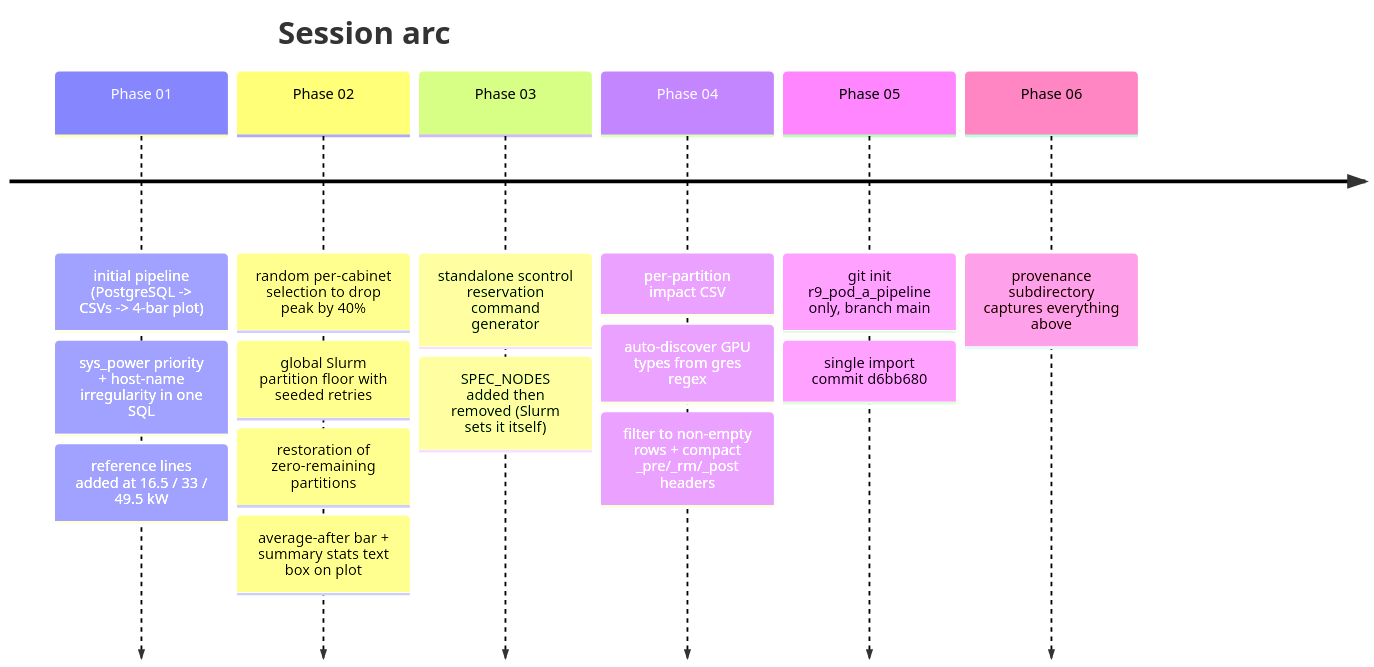
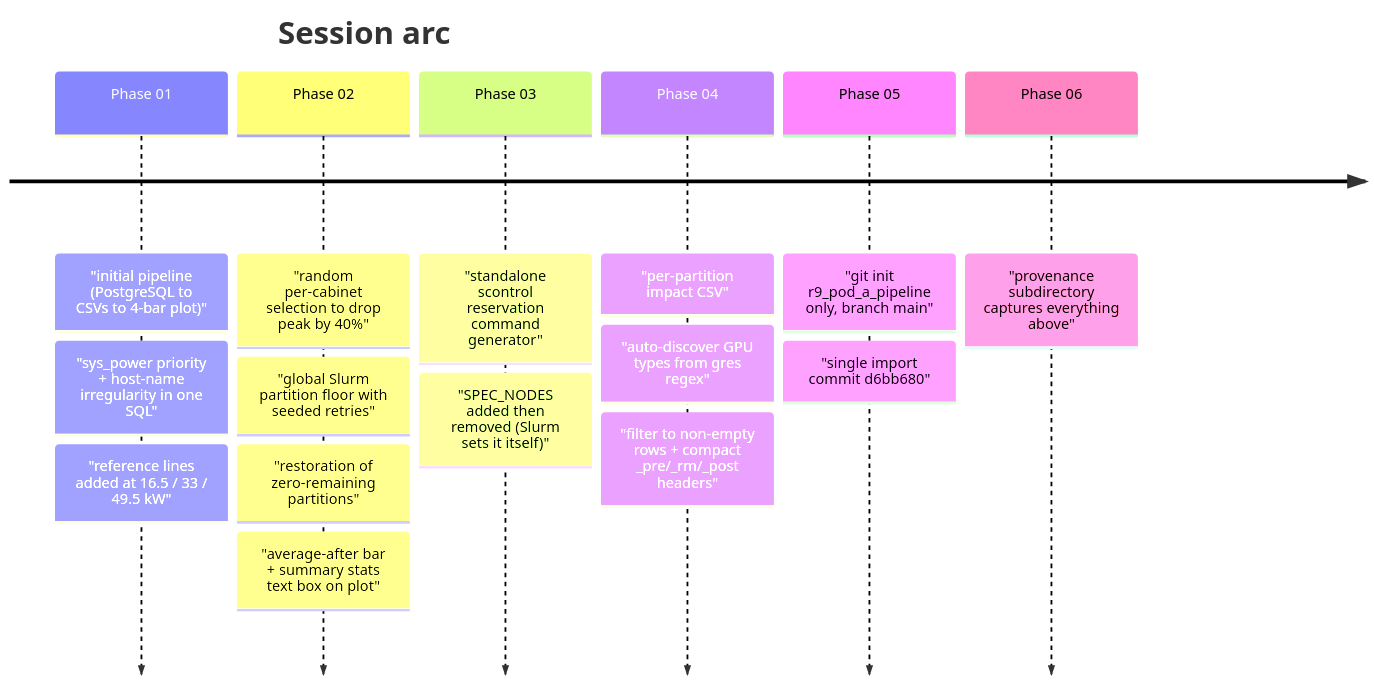
Before and after one commit to mit-orcd/power_reduce_planner: the diagram in provenance/TIMELINE.md, drawn with Mermaid. The commit also changed 18 other files, not shown here.

````diff
--- a/provenance/TIMELINE.md
+++ b/provenance/TIMELINE.md
@@ -17,19 +17,19 @@
-```mermaid
+~~~mermaid
 timeline
     title Session arc
-    Phase 01 : initial pipeline (PostgreSQL -> CSVs -> 4-bar plot)
-             : sys_power priority + host-name irregularity in one SQL
-             : reference lines added at 16.5 / 33 / 49.5 kW
-    Phase 02 : random per-cabinet selection to drop peak by 40%
-             : global Slurm partition floor with seeded retries
-             : restoration of zero-remaining partitions
-             : average-after bar + summary stats text box on plot
-    Phase 03 : standalone scontrol reservation command generator
-             : SPEC_NODES added then removed (Slurm sets it itself)
-    Phase 04 : per-partition impact CSV
-             : auto-discover GPU types from gres regex
-             : filter to non-empty rows + compact _pre/_rm/_post headers
-    Phase 05 : git init r9_pod_a_pipeline only, branch main
-             : single import commit d6bb680
-    Phase 06 : provenance subdirectory captures everything above
-```
+    Phase 01 : "initial pipeline (PostgreSQL to CSVs to 4-bar plot)"
+             : "sys_power priority + host-name irregularity in one SQL"
+             : "reference lines added at 16.5 / 33 / 49.5 kW"
+    Phase 02 : "random per-cabinet selection to drop peak by 40%"
+             : "global Slurm partition floor with seeded retries"
+             : "restoration of zero-remaining partitions"
+             : "average-after bar + summary stats text box on plot"
+    Phase 03 : "standalone scontrol reservation command generator"
+             : "SPEC_NODES added then removed (Slurm sets it itself)"
+    Phase 04 : "per-partition impact CSV"
+             : "auto-discover GPU types from gres regex"
+             : "filter to non-empty rows + compact _pre/_rm/_post headers"
+    Phase 05 : "git init r9_pod_a_pipeline only, branch main"
+             : "single import commit d6bb680"
+    Phase 06 : "provenance subdirectory captures everything above"
+~~~
````
